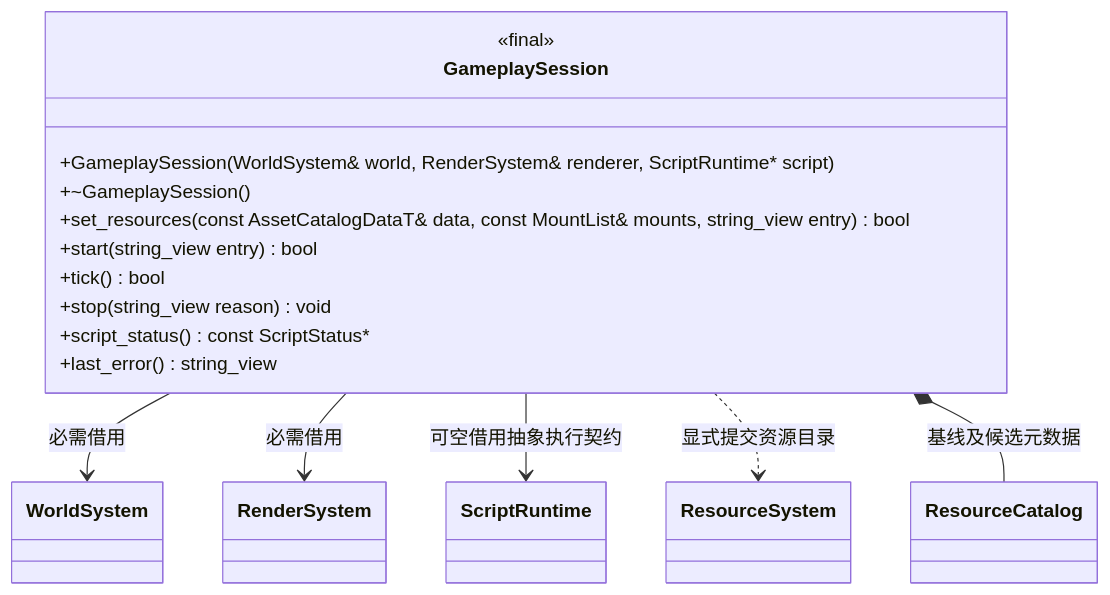
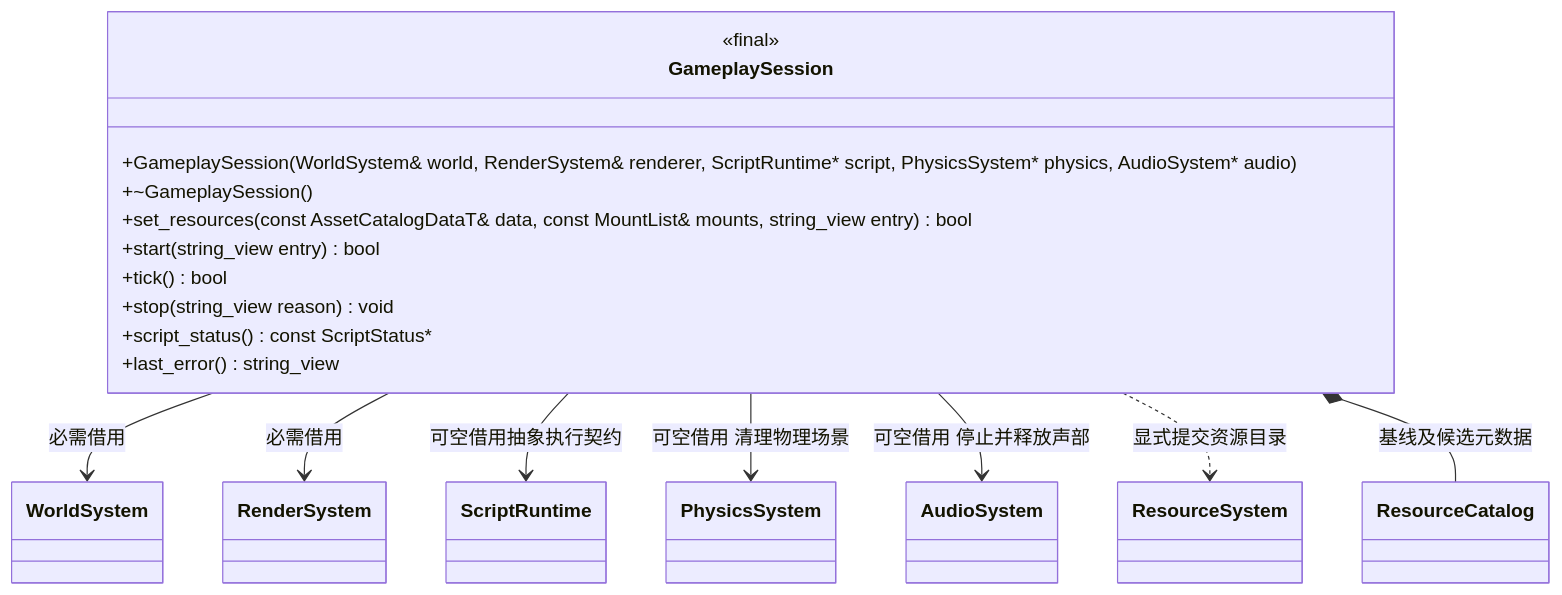
Before and after one commit to lcals/Engine: the first of 2 diagrams in docs/runtime/class-diagrams/gameplay-session.md, drawn with Mermaid. The commit also changed other lines of this file and 114 other files, not shown here.

Commit message:
feat: add physics and audio components with editor workflows

````diff
--- a/docs/runtime/class-diagrams/gameplay-session.md
+++ b/docs/runtime/class-diagrams/gameplay-session.md
@@ -5,24 +5,28 @@
 ```mermaid
 classDiagram
     class GameplaySession {
         <<final>>
-        +GameplaySession(WorldSystem& world, RenderSystem& renderer, ScriptRuntime#42; script)
+        +GameplaySession(WorldSystem& world, RenderSystem& renderer, ScriptRuntime#42; script, PhysicsSystem#42; physics, AudioSystem#42; audio)
         +~GameplaySession()
         +set_resources(const AssetCatalogDataT& data, const MountList& mounts, string_view entry) bool
         +start(string_view entry) bool
         +tick() bool
         +stop(string_view reason) void
         +script_status() const ScriptStatus#42;
         +last_error() string_view
     }
     class WorldSystem
     class RenderSystem
     class ScriptRuntime
+    class PhysicsSystem
+    class AudioSystem
     class ResourceSystem
     class ResourceCatalog
     GameplaySession --> WorldSystem : 必需借用
     GameplaySession --> RenderSystem : 必需借用
     GameplaySession --> ScriptRuntime : 可空借用抽象执行契约
+    GameplaySession --> PhysicsSystem : 可空借用 清理物理场景
+    GameplaySession --> AudioSystem : 可空借用 停止并释放声部
     GameplaySession ..> ResourceSystem : 显式提交资源目录
     GameplaySession *-- ResourceCatalog : 基线及候选元数据
 ```
````
